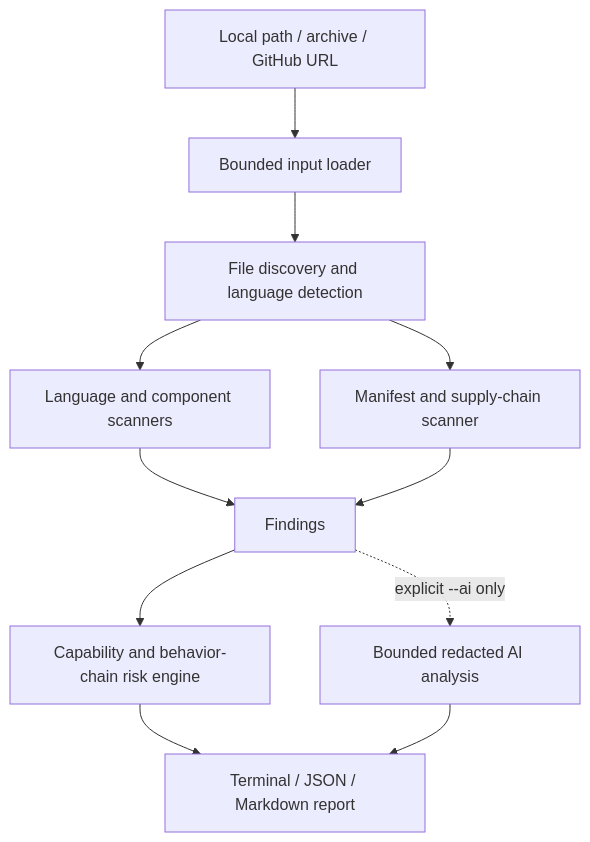
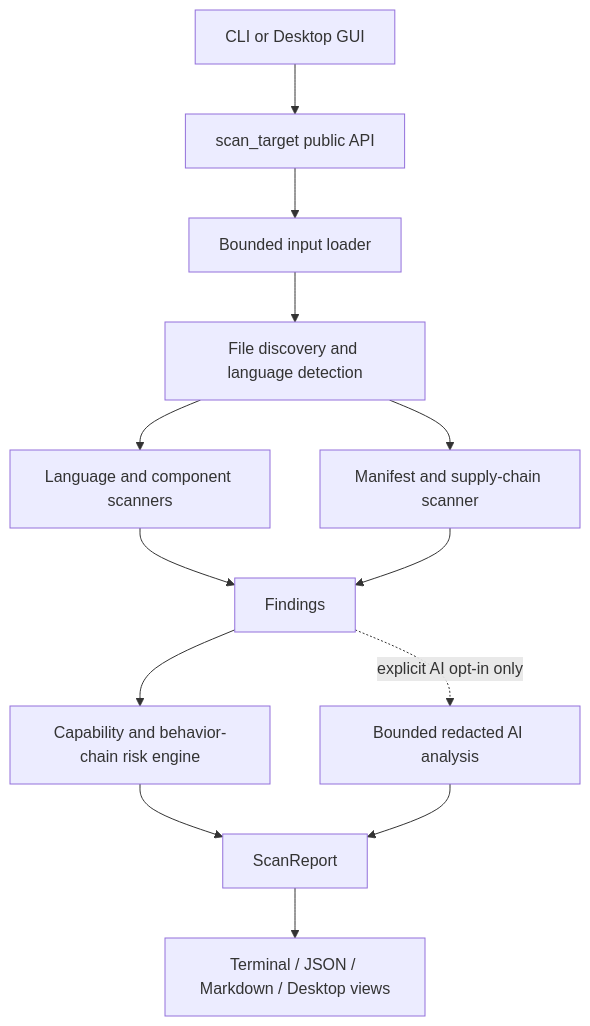
One commit to wanhaoli376-lab/SafeInstall changed the diagram in docs/architecture.md. Above: the diagram before and after it, drawn with Mermaid. The commit also changed other lines of this file and 49 other files, not shown here.

Commit message:
feat: add desktop GUI and portable scanning workflow

````diff
--- a/docs/architecture.md
+++ b/docs/architecture.md
@@ -7,13 +7,15 @@
 ```mermaid
 flowchart TD
-    A[Local path / archive / GitHub URL] --> B[Bounded input loader]
-    B --> C[File discovery and language detection]
-    C --> D[Language and component scanners]
-    C --> E[Manifest and supply-chain scanner]
-    D --> F[Findings]
-    E --> F
-    F --> G[Capability and behavior-chain risk engine]
-    G --> H[Terminal / JSON / Markdown report]
-    F -. explicit --ai only .-> I[Bounded redacted AI analysis]
-    I --> H
+    A[CLI or Desktop GUI] --> B[scan_target public API]
+    B --> C[Bounded input loader]
+    C --> D[File discovery and language detection]
+    D --> E[Language and component scanners]
+    D --> F[Manifest and supply-chain scanner]
+    E --> G[Findings]
+    F --> G
+    G --> H[Capability and behavior-chain risk engine]
+    H --> I[ScanReport]
+    I --> J[Terminal / JSON / Markdown / Desktop views]
+    G -. explicit AI opt-in only .-> K[Bounded redacted AI analysis]
+    K --> I
 ```
````
